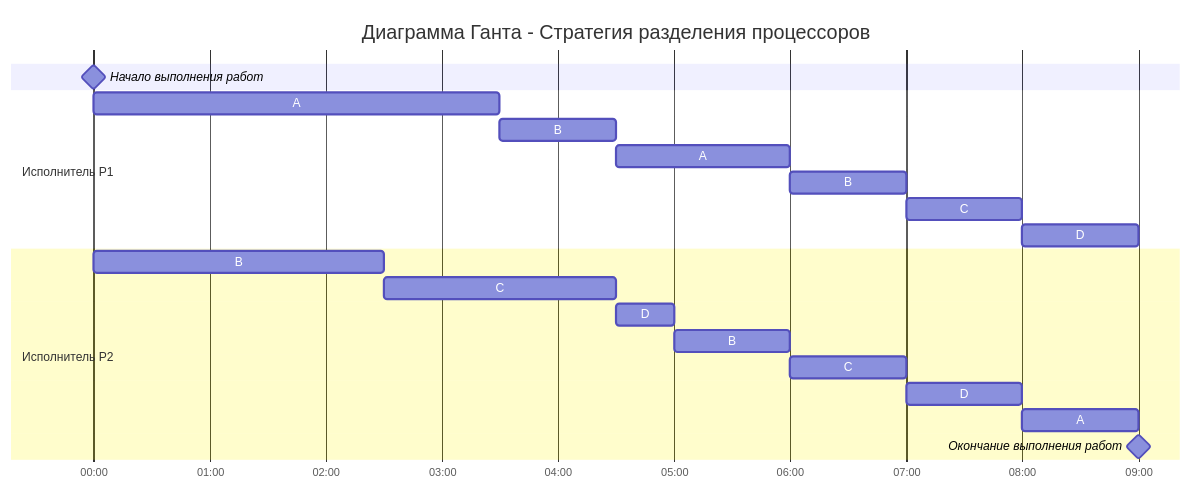
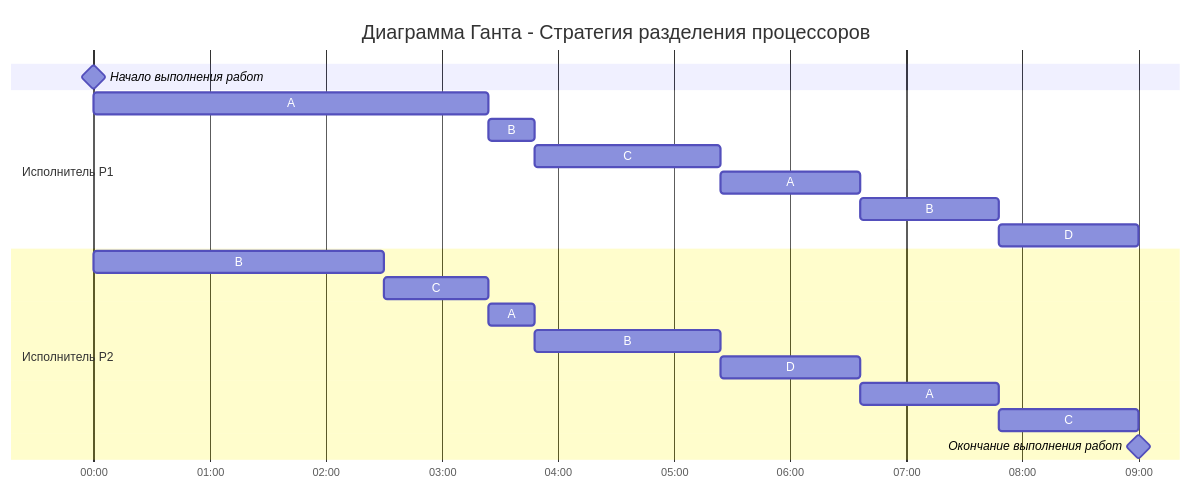
One commit to hse-algo-24-crow/manual-tasks-crow changed the diagram in task-5/winx.md. Above: the diagram before and after it, drawn with Mermaid. The commit also changed other lines of this file, not shown here.

````diff
--- a/task-5/winx.md
+++ b/task-5/winx.md
@@ -183,23 +157,23 @@
 ```mermaid
 gantt
     title Диаграмма Ганта - Стратегия разделения процессоров
     dateFormat DD HH:mm    
     axisFormat %H:%M
     Начало выполнения работ : milestone, m1, 01 00:00, 0h
     section Исполнитель Р1
-    A         :a1, 01 00:00, 3.5h
-    B         :a2, after a1, 1h
-    A         :a3, after a2, 1.5h
-    B         :a4, after a3, 1h
-    C         :a5, after a4, 1h
-    D         :a6, after a5, 1h
+    A         :a1, 01 00:00, 3.4h
+    B         :a2, after a1, 0.4h
+    C         :a3, after a2, 1.6h
+    A         :a4, after a3, 1.2h
+    B         :a5, after a4, 1.2h
+    D         :a6, after a5, 1.2h
     section Исполнитель Р2
     B         :b1, 01 00:00, 2.5h
-    C         :b2, after b1, 2h
-    D         :b3, after b2, 0.5h
-    B         :b4, after b3, 1h
-    C         :b5, after b4, 1h
-    D         :b6, after b5, 1h
-    A         :b7, after b6, 1h
+    C         :b2, after b1, 0.9h
+    A         :b3, after b2, 0.4h
+    B         :b4, after b3, 1.6h
+    D         :b5, after b4, 1.2h
+    A         :b6, after b5, 1.2h
+    C         :b7, after b6, 1.2h
     Окончание выполнения работ : milestone, m2, 01 09:00, 0h
 ```
````
